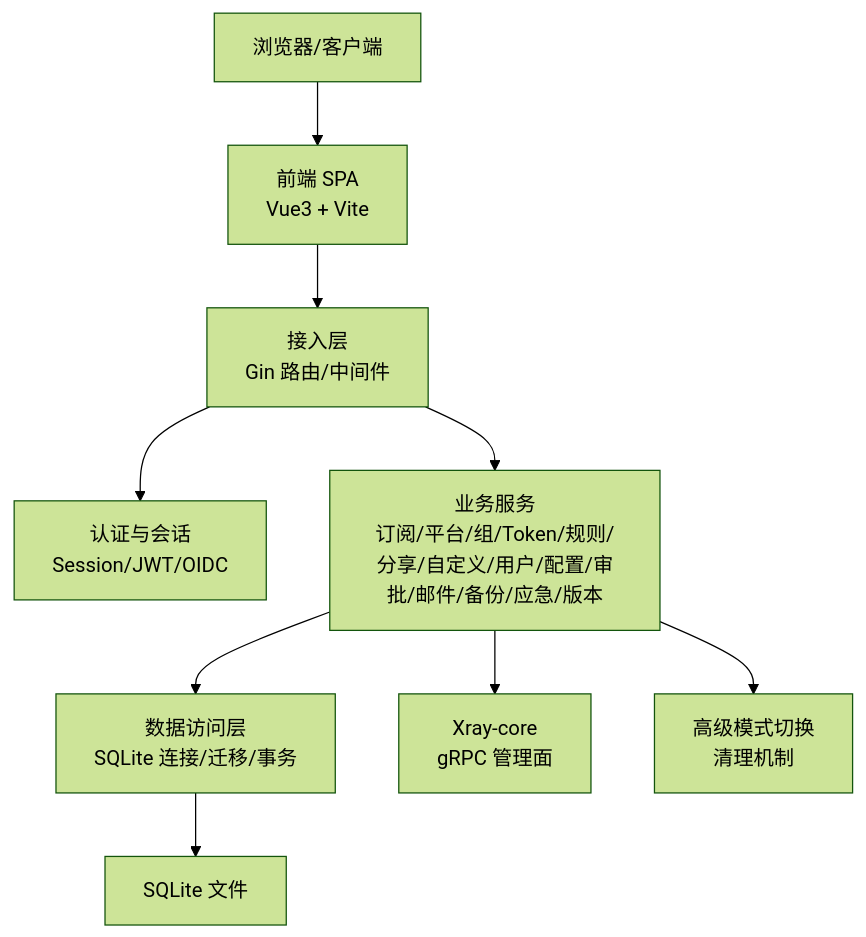
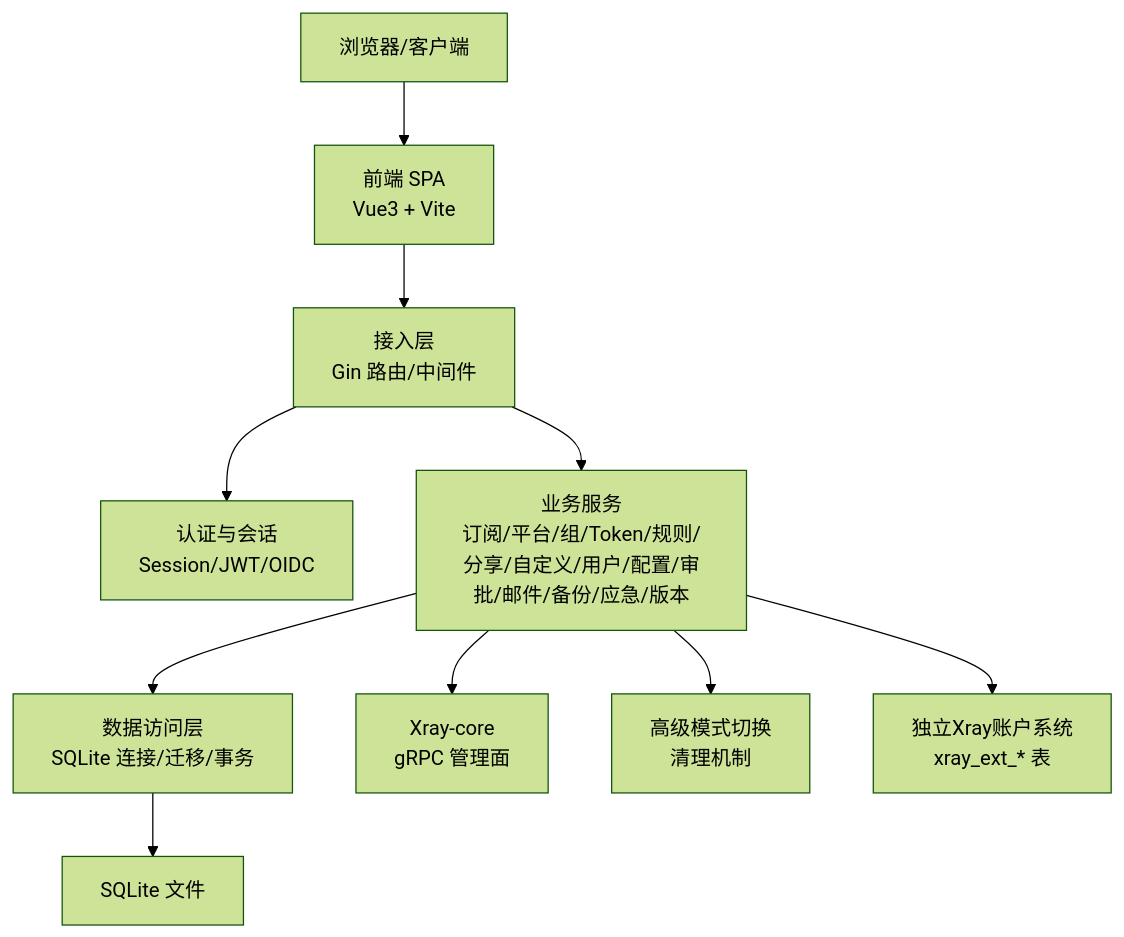
Before and after one commit to AlcaProphet/VPN-Subscription-Management: the second of 10 diagrams in .qoder/repowiki/zh/content/架构设计/架构设计.md, drawn with Mermaid (forest theme). The commit also changed other lines of this file and 7 other files, not shown here.

````diff
--- a/.qoder/repowiki/zh/content/架构设计/架构设计.md
+++ b/.qoder/repowiki/zh/content/架构设计/架构设计.md
@@ -114,20 +129,22 @@
 ```mermaid
 graph TB
 Client["浏览器/客户端"]
 FE["前端 SPA<br/>Vue3 + Vite"]
 API["接入层<br/>Gin 路由/中间件"]
 Auth["认证与会话<br/>Session/JWT/OIDC"]
 Biz["业务服务<br/>订阅/平台/组/Token/规则/分享/自定义/用户/配置/审批/邮件/备份/应急/版本"]
 Store["数据访问层<br/>SQLite 连接/迁移/事务"]
 DB["SQLite 文件"]
 XRAY["Xray-core<br/>gRPC 管理面"]
 ModeSwitch["高级模式切换<br/>清理机制"]
+ExtAccounts["独立Xray账户系统<br/>xray_ext_* 表"]
 Client --> FE
 FE --> API
 API --> Auth
 API --> Biz
 Biz --> Store
 Store --> DB
 Biz --> XRAY
 Biz --> ModeSwitch
+Biz --> ExtAccounts
 ```
````
